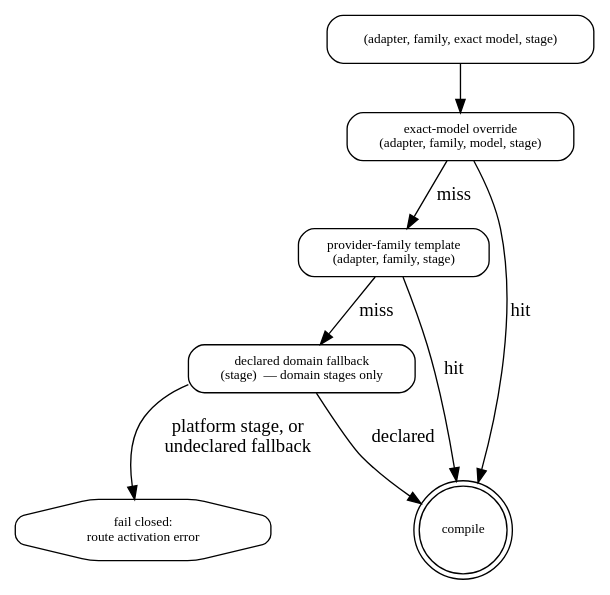
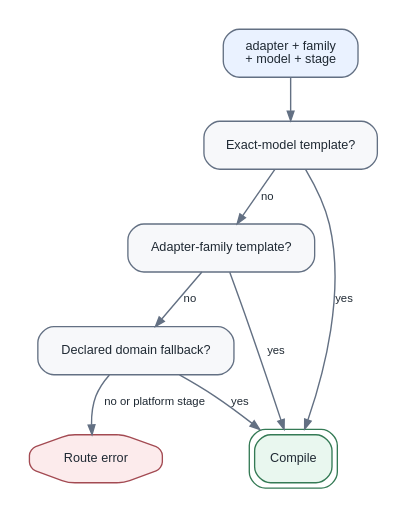
One commit to eonseed/perspt changed the fourth of 5 diagrams in docs/psps/source/psp-000010.rst. Above: the diagram before and after it, drawn with Graphviz. The commit also changed other lines of this file and 3 other files, not shown here.

Commit message:
docs(psps): add search trajectory figure script, SVG diagram, conf.py, and update PSP-10

```diff
--- a/docs/psps/source/psp-000010.rst
+++ b/docs/psps/source/psp-000010.rst
@@ -956,17 +891,30 @@
 .. graphviz::
+   :caption: Prompt resolution is deterministic and fails closed.
+   :align: center
 
    digraph route_resolution {
-       rankdir=TB;
-       node [shape=box, style=rounded, fontsize=10];
-       q [label="(adapter, family, exact model, stage)"];
-       e [label="exact-model override\n(adapter, family, model, stage)"];
-       f [label="provider-family template\n(adapter, family, stage)"];
-       d [label="declared domain fallback\n(stage)  — domain stages only"];
-       x [shape=octagon, label="fail closed:\nroute activation error"];
-       ok [shape=doublecircle, label="compile"];
-       q -> e; e -> ok [label="hit"];
-       e -> f [label="miss"]; f -> ok [label="hit"];
-       f -> d [label="miss"];
-       d -> ok [label="declared"];
-       d -> x [label="platform stage, or\nundeclared fallback"];
+       graph [rankdir=TB, bgcolor="#FFFFFF", pad="0.20",
+              nodesep="0.30", ranksep="0.45", fontname="Helvetica"];
+       node [shape=box, style="rounded,filled", fillcolor="#F7F8FA",
+             color="#637083", fontcolor="#1F2933", fontname="Helvetica", fontsize=9.5,
+             margin="0.13,0.08"];
+       edge [color="#637083", fontcolor="#1F2933", fontname="Helvetica", fontsize=8.5,
+             arrowsize=0.72, penwidth=1.05];
+
+       route [label="adapter + family\n+ model + stage", fillcolor="#EAF2FF"];
+       exact [label="Exact-model template?"];
+       family [label="Adapter-family template?"];
+       fallback [label="Declared domain fallback?"];
+       compile [label="Compile", shape=box, peripheries=2,
+                style="rounded,filled", fillcolor="#E9F7EF", color="#347A55"];
+       fail [label="Route error", shape=octagon,
+             fillcolor="#FCEBEC", color="#A34A52"];
+
+       route -> exact;
+       exact -> compile [label="yes"];
+       exact -> family [label="no"];
+       family -> compile [label="yes"];
+       family -> fallback [label="no"];
+       fallback -> compile [label="yes"];
+       fallback -> fail [label="no or platform stage"];
    }
```
